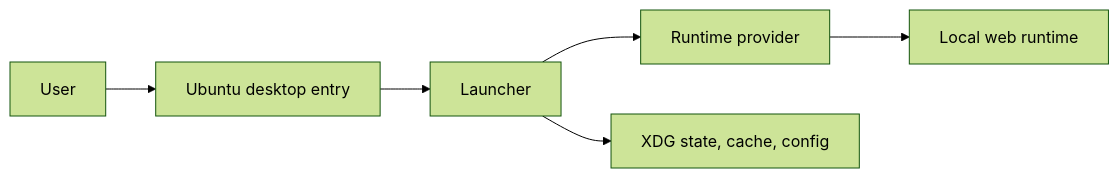
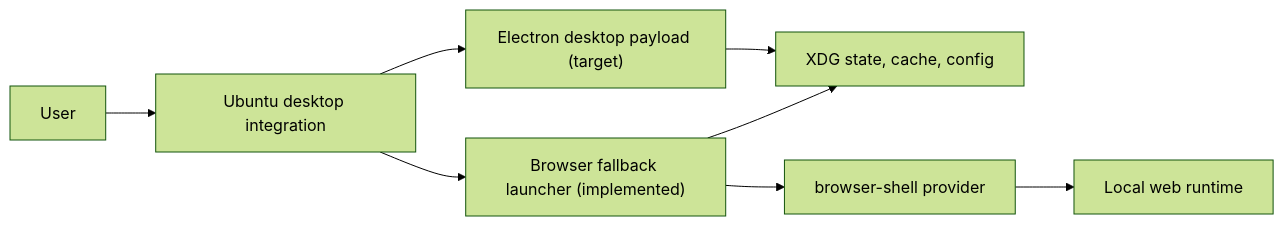
One commit to fallintoplace/codex-ubuntu changed the diagram in README.md. Above: the diagram before and after it, drawn with Mermaid (forest theme). The commit also changed other lines of this file and 29 other files, not shown here.

Commit message:
Pivot to Electron-first desktop intake

````diff
--- a/README.md
+++ b/README.md
@@ -126,8 +163,10 @@
 ```mermaid
 flowchart LR
-  user["User"] --> desktop["Ubuntu desktop entry"]
-  desktop --> launcher["Launcher"]
-  launcher --> provider["Runtime provider"]
-  launcher --> state["XDG state, cache, config"]
+  user["User"] --> desktop["Ubuntu desktop integration"]
+  desktop --> payload["Electron desktop payload (target)"]
+  desktop --> fallback["Browser fallback launcher (implemented)"]
+  payload --> state["XDG state, cache, config"]
+  fallback --> provider["browser-shell provider"]
   provider --> runtime["Local web runtime"]
+  fallback --> state
 ```
````
